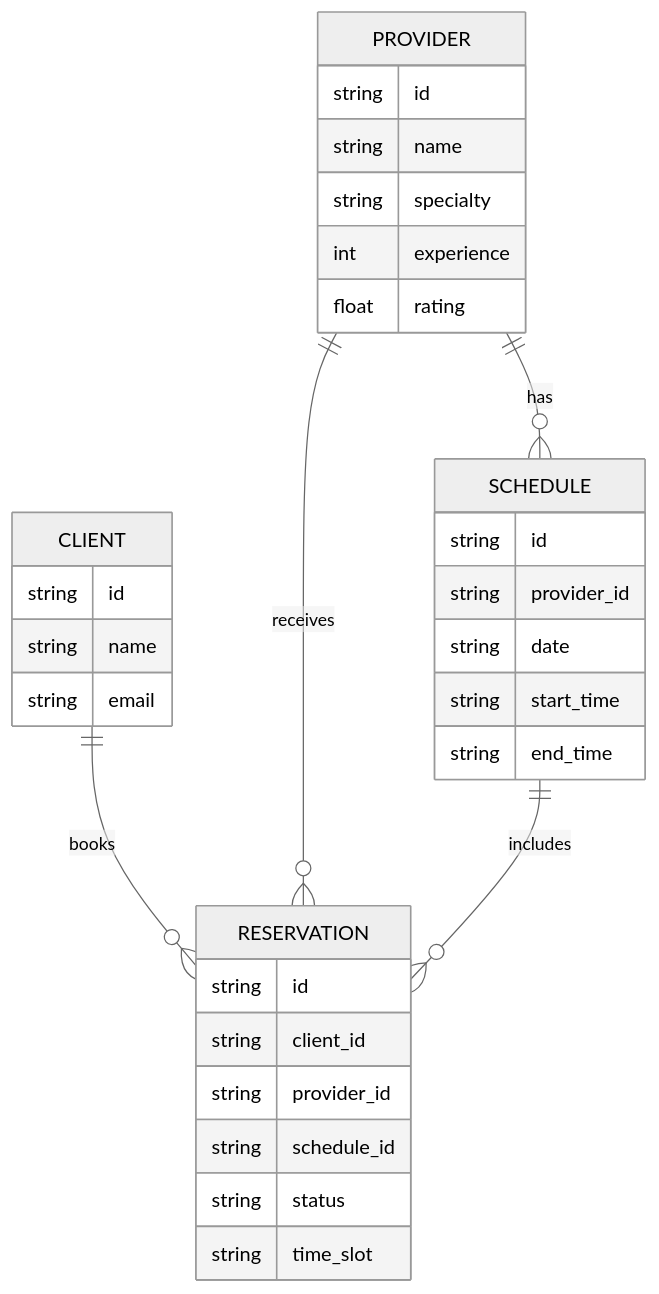
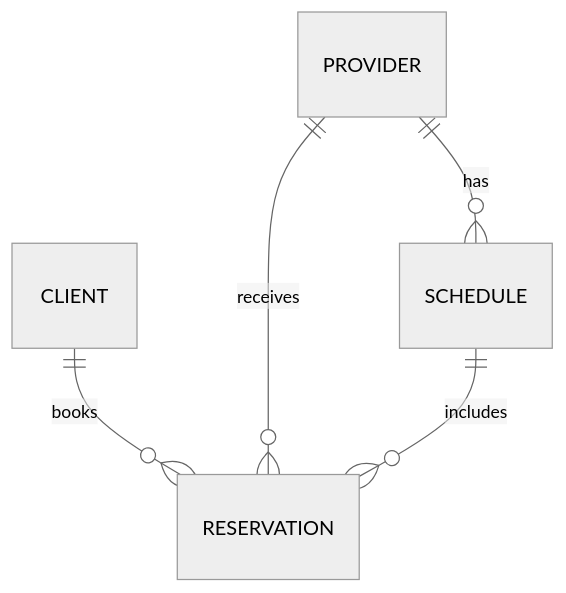
One commit to Alton09/ReservationApp changed the diagram in README.md. Above: the diagram before and after it, drawn with Mermaid (neutral theme).

Commit message:
Keep ERD simple for now

````diff
--- a/README.md
+++ b/README.md
@@ -5,38 +5,15 @@
 ```mermaid
 erDiagram
-    CLIENT {
-        string id
-        string name
-        string email
-    }
+    CLIENT
 
-    PROVIDER {
-        string id
-        string name
-        string specialty
-        int experience
-        float rating
-    }
+    PROVIDER
 
-    SCHEDULE {
-        string id
-        string provider_id
-        string date
-        string start_time
-        string end_time
-    }
+    SCHEDULE
 
-    RESERVATION {
-        string id
-        string client_id
-        string provider_id
-        string schedule_id
-        string status
-        string time_slot
-    }
+    RESERVATION
 
     CLIENT ||--o{ RESERVATION : books
     PROVIDER ||--o{ RESERVATION : receives
     PROVIDER ||--o{ SCHEDULE : has
     SCHEDULE ||--o{ RESERVATION : includes
 ```
````
